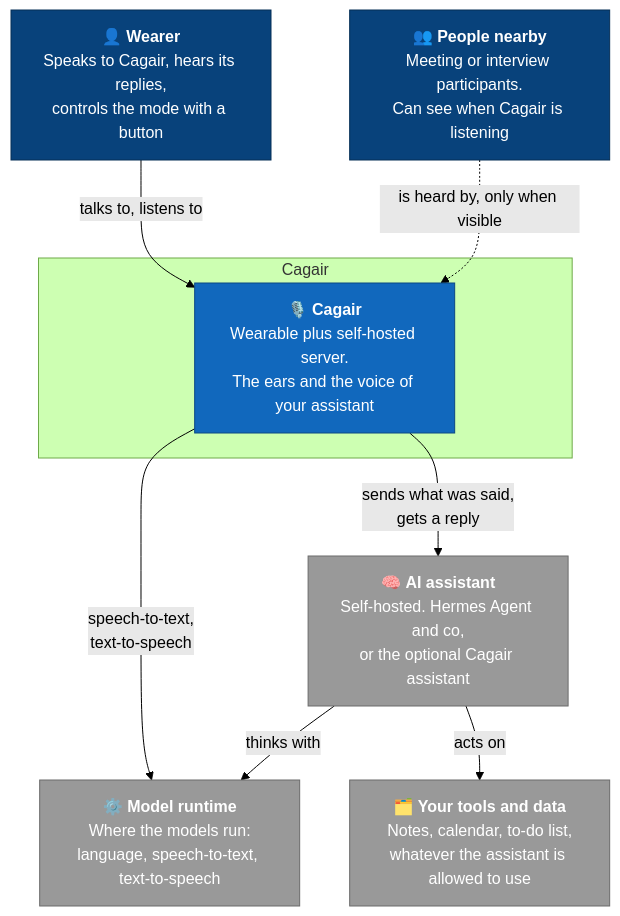
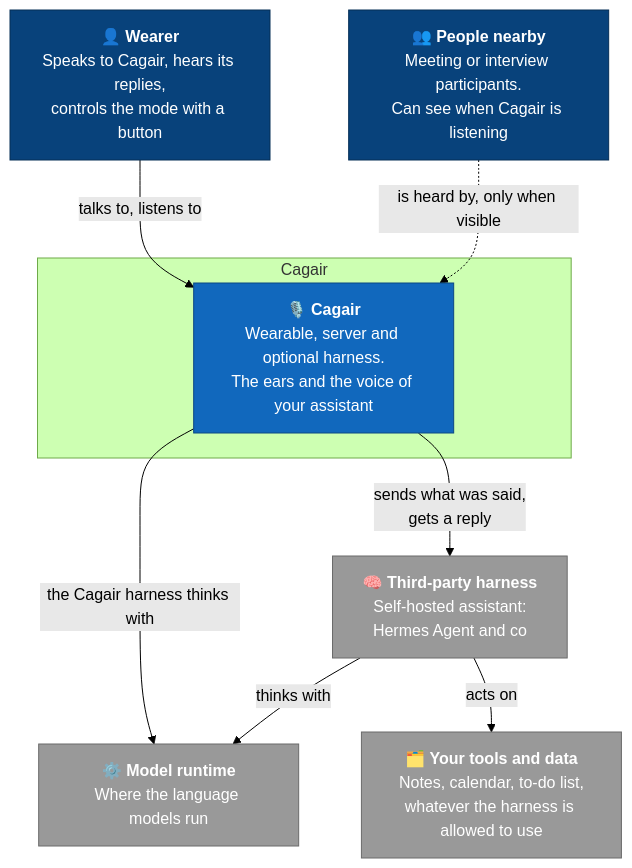
The first of 2 diagrams in docs/architecture.md (alphanovia/cagair), drawn with Mermaid (forest theme) before and after one commit. The commit also changed other lines of this file and 1 other file, not shown here.

First line of the commit message:
Refine C4 vision: server owns speech and modes, harness is the assistant, add phone relay

````diff
--- a/docs/architecture.md
+++ b/docs/architecture.md
@@ -9,27 +15,27 @@
 ```mermaid
 flowchart TB
     wearer["👤 <b>Wearer</b><br/>Speaks to Cagair, hears its replies,<br/>controls the mode with a button"]
     bystander["👥 <b>People nearby</b><br/>Meeting or interview participants.<br/>Can see when Cagair is listening"]
 
     subgraph cagair_boundary ["Cagair"]
-        cagair["🎙️ <b>Cagair</b><br/>Wearable plus self-hosted server.<br/>The ears and the voice of your assistant"]
+        cagair["🎙️ <b>Cagair</b><br/>Wearable, server and optional harness.<br/>The ears and the voice of your assistant"]
     end
 
-    assistant["🧠 <b>AI assistant</b><br/>Self-hosted. Hermes Agent and co,<br/>or the optional Cagair assistant"]
-    models["⚙️ <b>Model runtime</b><br/>Where the models run:<br/>language, speech-to-text, text-to-speech"]
-    tools["🗂️ <b>Your tools and data</b><br/>Notes, calendar, to-do list,<br/>whatever the assistant is allowed to use"]
+    harness["🧠 <b>Third-party harness</b><br/>Self-hosted assistant:<br/>Hermes Agent and co"]
+    models["⚙️ <b>Model runtime</b><br/>Where the language models run"]
+    tools["🗂️ <b>Your tools and data</b><br/>Notes, calendar, to-do list,<br/>whatever the harness is allowed to use"]
 
     wearer -- "talks to, listens to" --> cagair
     bystander -. "is heard by, only when visible" .-> cagair
-    cagair -- "sends what was said,<br/>gets a reply" --> assistant
-    cagair -- "speech-to-text,<br/>text-to-speech" --> models
-    assistant -- "thinks with" --> models
-    assistant -- "acts on" --> tools
+    cagair -- "sends what was said,<br/>gets a reply" --> harness
+    cagair -- "the Cagair harness thinks with" --> models
+    harness -- "thinks with" --> models
+    harness -- "acts on" --> tools
 
     classDef person fill:#08427b,stroke:#052e56,color:#fff
     classDef system fill:#1168bd,stroke:#0b4884,color:#fff
     classDef external fill:#999,stroke:#6b6b6b,color:#fff
     class wearer,bystander person
     class cagair system
-    class assistant,models,tools external
+    class harness,models,tools external
 ```
````
